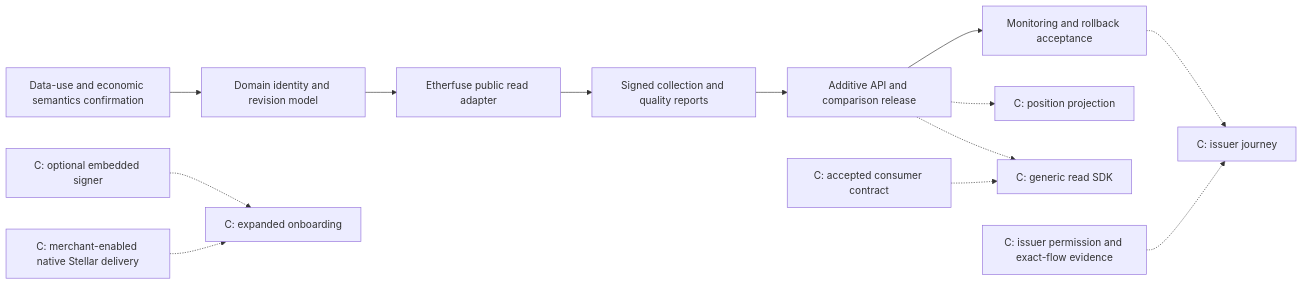
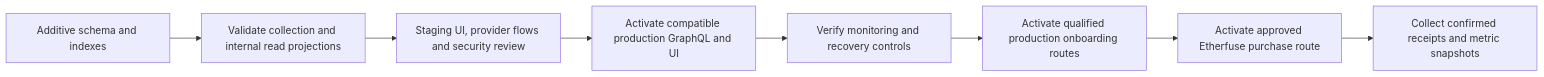
Before and after one commit to lendwise-fi/lendwise: diagram 20 of 21 in docs/rwa-integration-architecture/TECHNICAL_ARCHITECTURE.md, drawn with Mermaid. The commit also changed other lines of this file and 2 other files, not shown here.

Commit message:
docs: detail the complete RWA integration architecture

````diff
--- a/docs/rwa-integration-architecture/TECHNICAL_ARCHITECTURE.md
+++ b/docs/rwa-integration-architecture/TECHNICAL_ARCHITECTURE.md
@@ -842,15 +1039,10 @@
 ```mermaid
 flowchart LR
-  Rights["Data-use and economic semantics confirmation"] --> Core["Domain identity and revision model"]
-  Core --> Adapter["Etherfuse public read adapter"]
-  Adapter --> Pipeline["Signed collection and quality reports"]
-  Pipeline --> API["Additive API and comparison release"]
-  API --> Operations["Monitoring and rollback acceptance"]
-  API -.-> Portfolio["C: position projection"]
-  API -.-> SDK["C: generic read SDK"]
-  Partner["C: accepted consumer contract"] -.-> SDK
-  Operations -.-> Journey["C: issuer journey"]
-  Entitlement["C: issuer permission and exact-flow evidence"] -.-> Journey
-  Wallet["C: optional embedded signer"] -.-> UX["C: expanded onboarding"]
-  Fiat["C: merchant-enabled native Stellar delivery"] -.-> UX
+  Schema["Additive schema and indexes"] --> Internal["Validate collection and internal read projections"]
+  Internal --> Staging["Staging UI, provider flows and security review"]
+  Staging --> Public["Activate compatible production GraphQL and UI"]
+  Public --> Operations["Verify monitoring and recovery controls"]
+  Operations --> Funding["Activate qualified production onboarding routes"]
+  Funding --> Purchase["Activate approved Etherfuse purchase route"]
+  Purchase --> Reports["Collect confirmed receipts and metric snapshots"]
 ```
````
